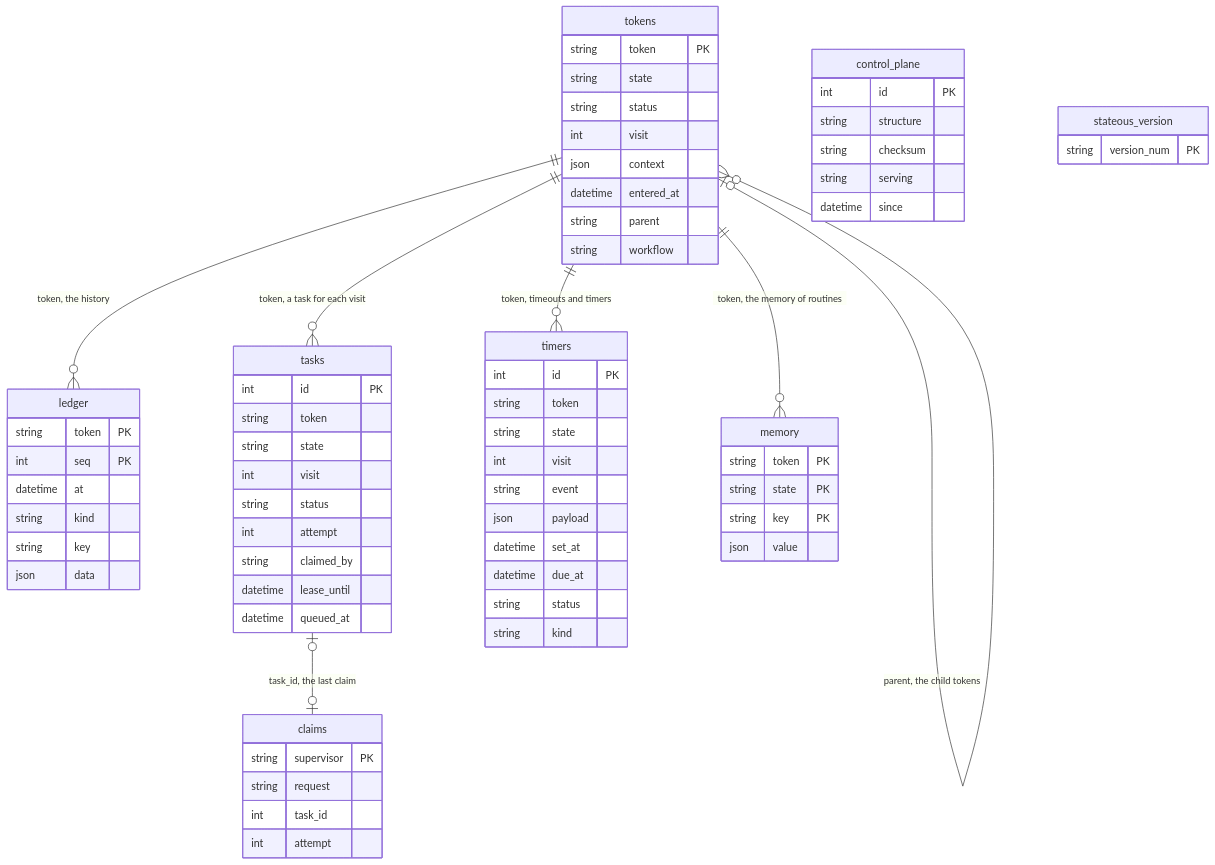
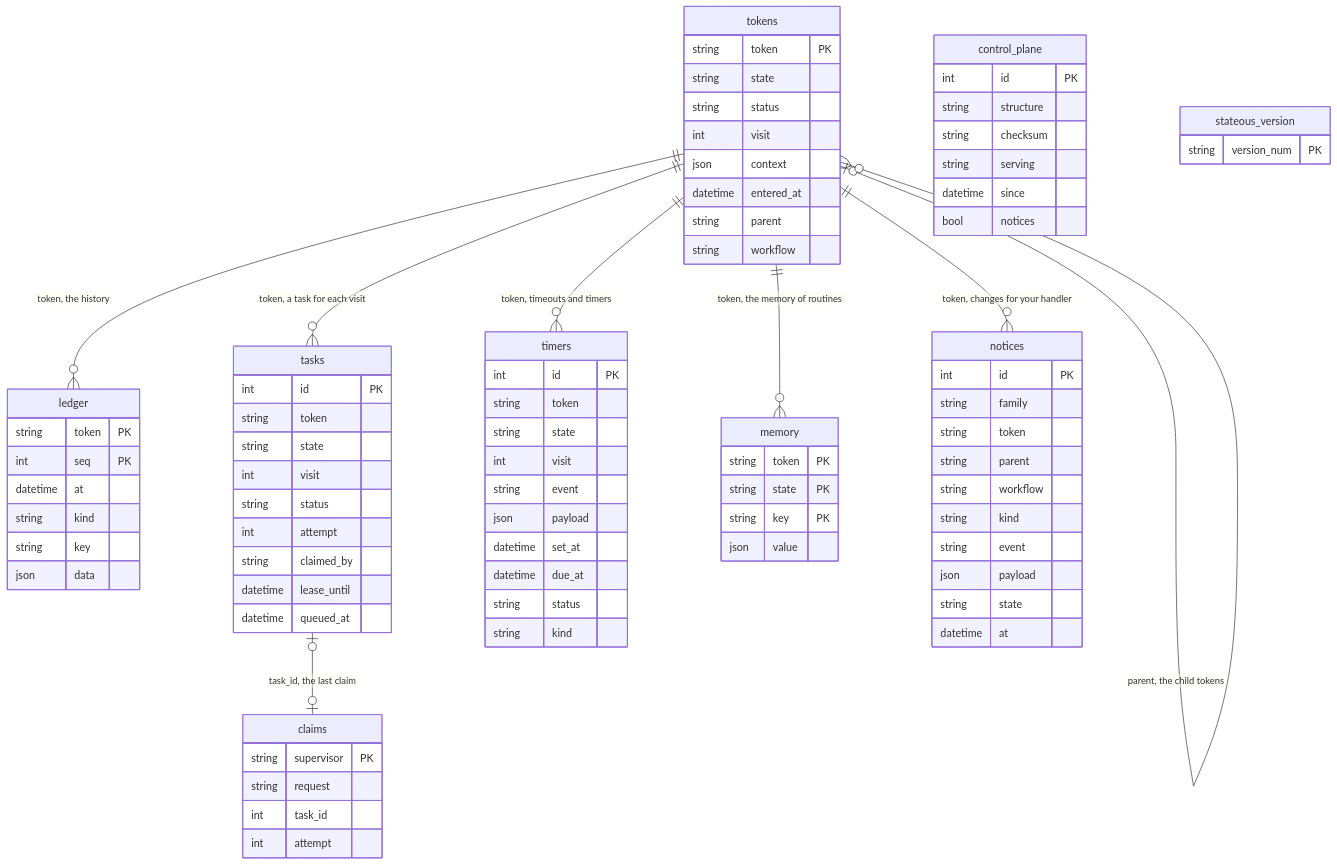
The first of 2 diagrams in docs/inside/data.md (StateousLabs/stateous), drawn with Mermaid before and after one commit. The commit also changed other lines of this file and 7 other files, not shown here.

```diff
--- a/docs/inside/data.md
+++ b/docs/inside/data.md
@@ -16,6 +16,7 @@
     tokens ||--o{ memory : "token, the memory of routines"
     tokens |o--o{ tokens : "parent, the child tokens"
     tasks |o--o| claims : "task_id, the last claim"
+    tokens ||--o{ notices : "token, changes for your handler"
 
     tokens {
         string token PK
@@ -76,6 +77,19 @@
         string checksum
         string serving
         datetime since
+        bool notices
+    }
+    notices {
+        int id PK
+        string family
+        string token
+        string parent
+        string workflow
+        string kind
+        string event
+        json payload
+        string state
+        datetime at
     }
     stateous_version {
         string version_num PK
```
